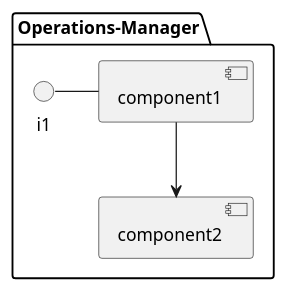
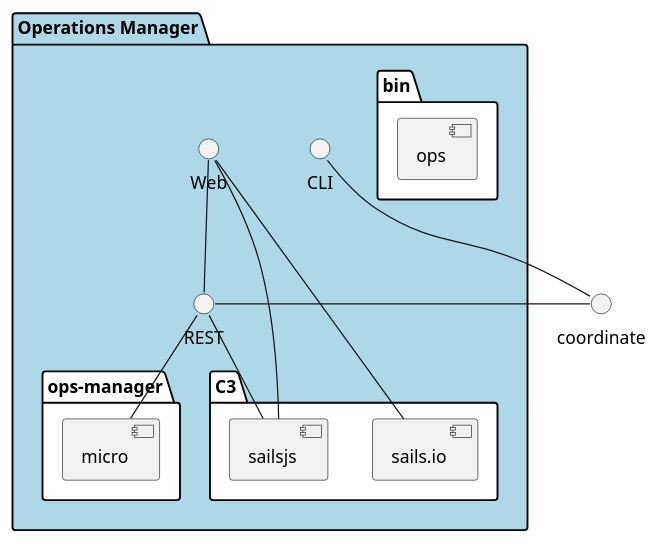
One commit to CAADE/C3 changed the diagram in docs/Solution/Operations-Manager/Physical.puml. Above: the diagram before and after it, drawn with PlantUML. The commit also changed other lines of this file and 158 other files, not shown here.

```diff
--- a/docs/Solution/Operations-Manager/Physical.puml
+++ b/docs/Solution/Operations-Manager/Physical.puml
@@ -1,11 +1,27 @@
 @startuml
 
-package "Operations-Manager" {
-component component1
-component component2
-interface i1
+package "Operations Manager" #lightblue {
+    interface CLI
+    interface Web
+    interface REST
+    folder C3 #ffffff {
+        component sailsjs
+        component sails.io
+    }
+    folder bin #ffffff {
+      component ops
+    }
+    folder "ops-manager" #ffffff {
+        component micro as ommicro
+    }
+}
+CLI -- coordinate
+coordinate -- REST
+Web -- sailsjs
+Web -- REST
+REST -- sailsjs
 
-}
-i1 - component1
-component1 --> component2
+Web -- sails.io
+REST -- ommicro
+
 @enduml
```
